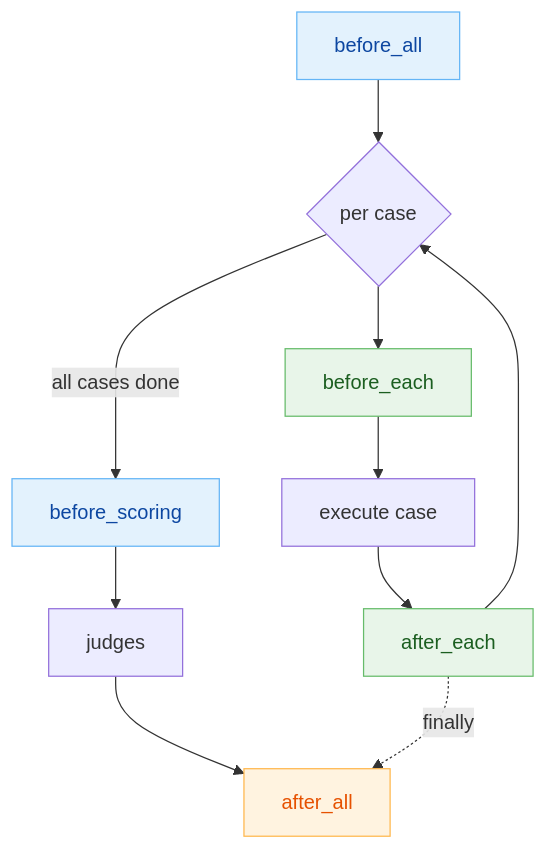
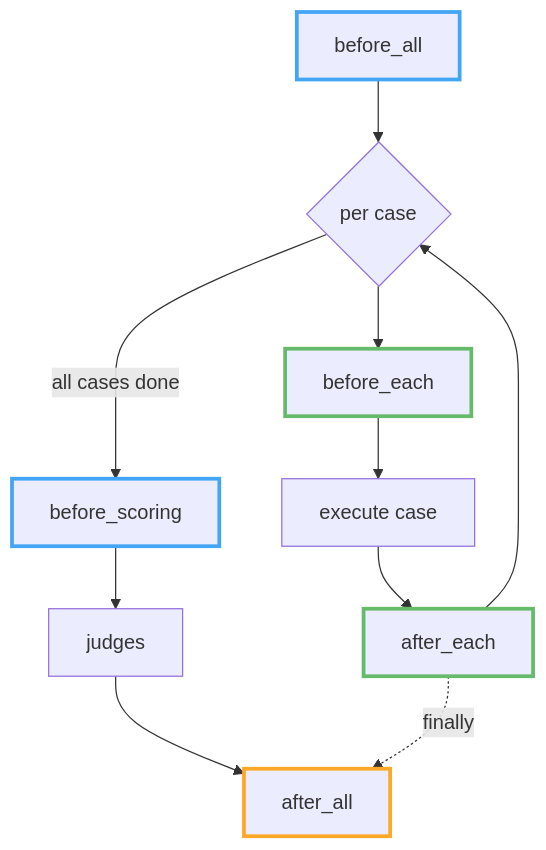
The diagram in website/concepts/lifecycle-hooks.md (GuyZivRH/agent-eval-harness), drawn with Mermaid before and after one commit. The commit also changed 1 other file, not shown here.

````diff
--- a/website/concepts/lifecycle-hooks.md
+++ b/website/concepts/lifecycle-hooks.md
@@ -26,17 +26,19 @@
 ```mermaid
 flowchart TD
     A[before_all] --> B{per case}
     B --> C[before_each] --> D[execute case] --> E[after_each]
     E --> B
     B -->|all cases done| F[before_scoring] --> G[judges] --> H[after_all]
     E -.finally.-> H
-    %% Pin an explicit text color + stroke on every filled node. Material makes
-    %% node label text theme-adaptive (light in dark mode), which would be
-    %% unreadable on these fixed light fills; a per-node color: (emitted as an
-    %% inline !important) keeps them legible in BOTH light and dark themes.
-    style A fill:#e3f2fd,stroke:#64b5f6,color:#0d47a1
-    style F fill:#e3f2fd,stroke:#64b5f6,color:#0d47a1
-    style H fill:#fff3e0,stroke:#ffb74d,color:#e65100
-    style C fill:#e8f5e9,stroke:#66bb6a,color:#1b5e20
-    style E fill:#e8f5e9,stroke:#66bb6a,color:#1b5e20
+    %% Color-code phases with borders, NOT fills. Material renders Mermaid in a
+    %% closed shadow DOM and forces node label text to a theme-adaptive color
+    %% (white in dark mode) that page CSS can't reach; a light fill would leave
+    %% white-on-light text. Leaving the fill to the theme keeps the label
+    %% readable (white on the dark node), and a colored stroke carries the
+    %% grouping legibly in both light and dark modes.
+    style A stroke:#42a5f5,stroke-width:3px
+    style F stroke:#42a5f5,stroke-width:3px
+    style H stroke:#ffa726,stroke-width:3px
+    style C stroke:#66bb6a,stroke-width:3px
+    style E stroke:#66bb6a,stroke-width:3px
 ```
````
